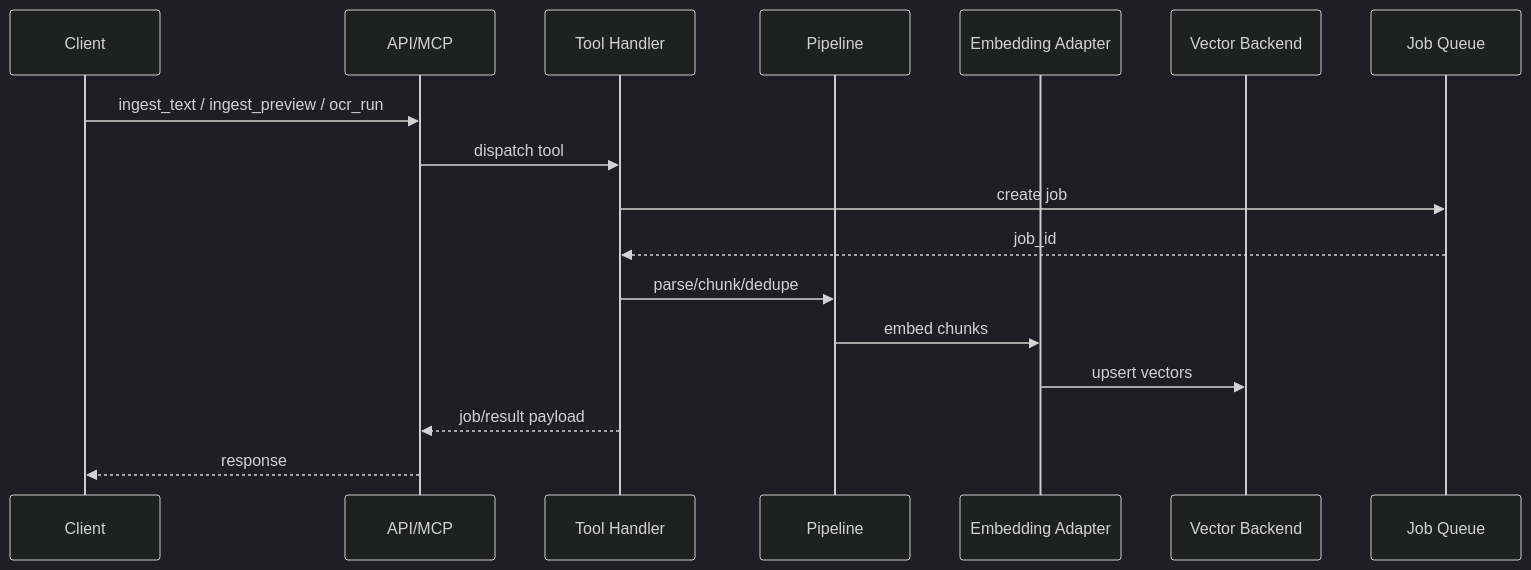
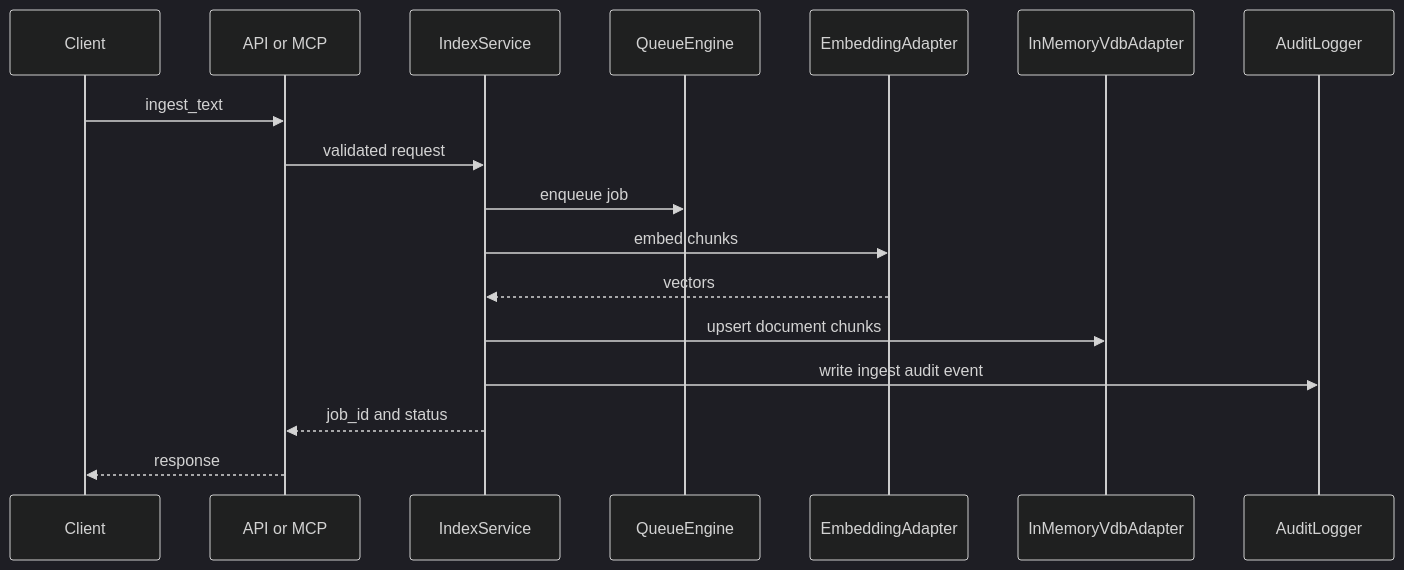
The fourth of 4 diagrams in docs/ARCHITECTURE.md (Cloud-Dog-AI/index-retriever-mcp-server), drawn with Mermaid (dark theme) before and after one commit. The commit also changed other lines of this file and 251 other files, not shown here.

````diff
--- a/docs/ARCHITECTURE.md
+++ b/docs/ARCHITECTURE.md
@@ -255,20 +448,20 @@
 ```mermaid
 sequenceDiagram
     participant C as Client
-    participant API as API/MCP
-    participant T as Tool Handler
-    participant P as Pipeline
-    participant E as Embedding Adapter
-    participant V as Vector Backend
-    participant Q as Job Queue
+    participant T as API or MCP
+    participant S as IndexService
+    participant Q as QueueEngine
+    participant E as EmbeddingAdapter
+    participant V as InMemoryVdbAdapter
+    participant A as AuditLogger
 
-    C->>API: ingest_text / ingest_preview / ocr_run
-    API->>T: dispatch tool
-    T->>Q: create job
-    Q-->>T: job_id
-    T->>P: parse/chunk/dedupe
-    P->>E: embed chunks
-    E->>V: upsert vectors
-    T-->>API: job/result payload
-    API-->>C: response
+    C->>T: ingest_text
+    T->>S: validated request
+    S->>Q: enqueue job
+    S->>E: embed chunks
+    E-->>S: vectors
+    S->>V: upsert document chunks
+    S->>A: write ingest audit event
+    S-->>T: job_id and status
+    T-->>C: response
 ```
````
